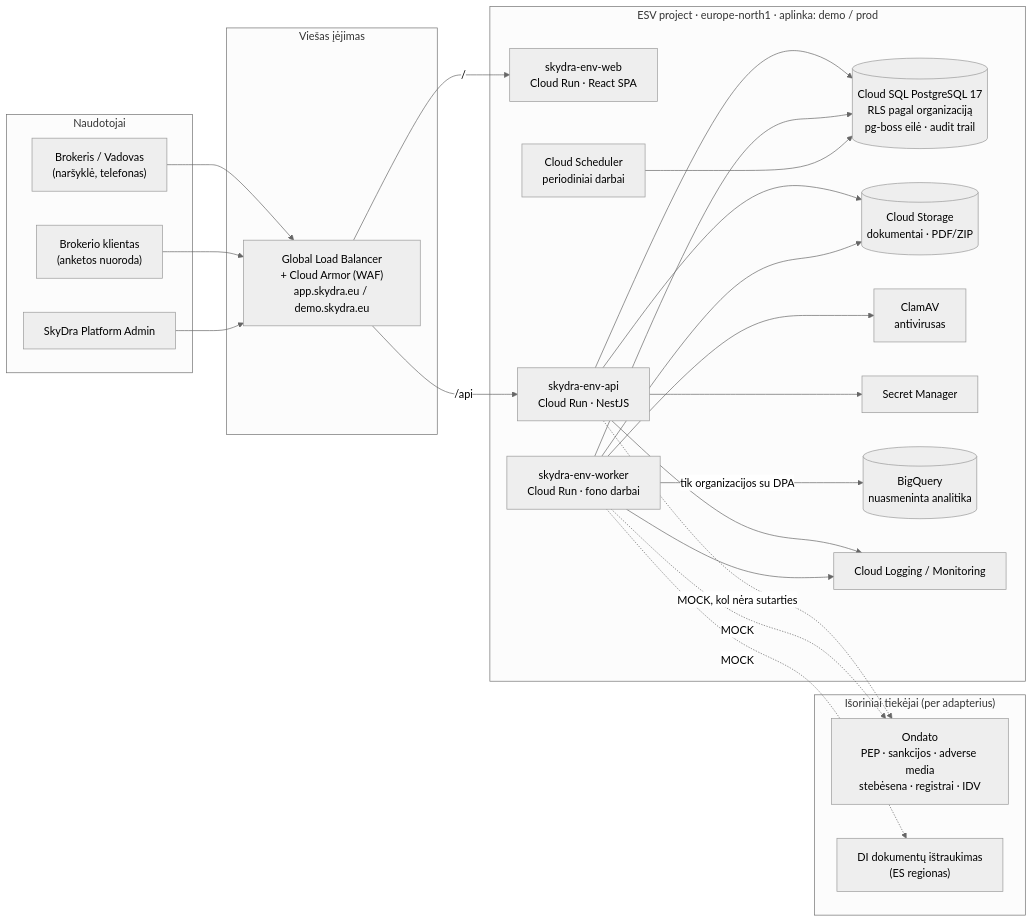
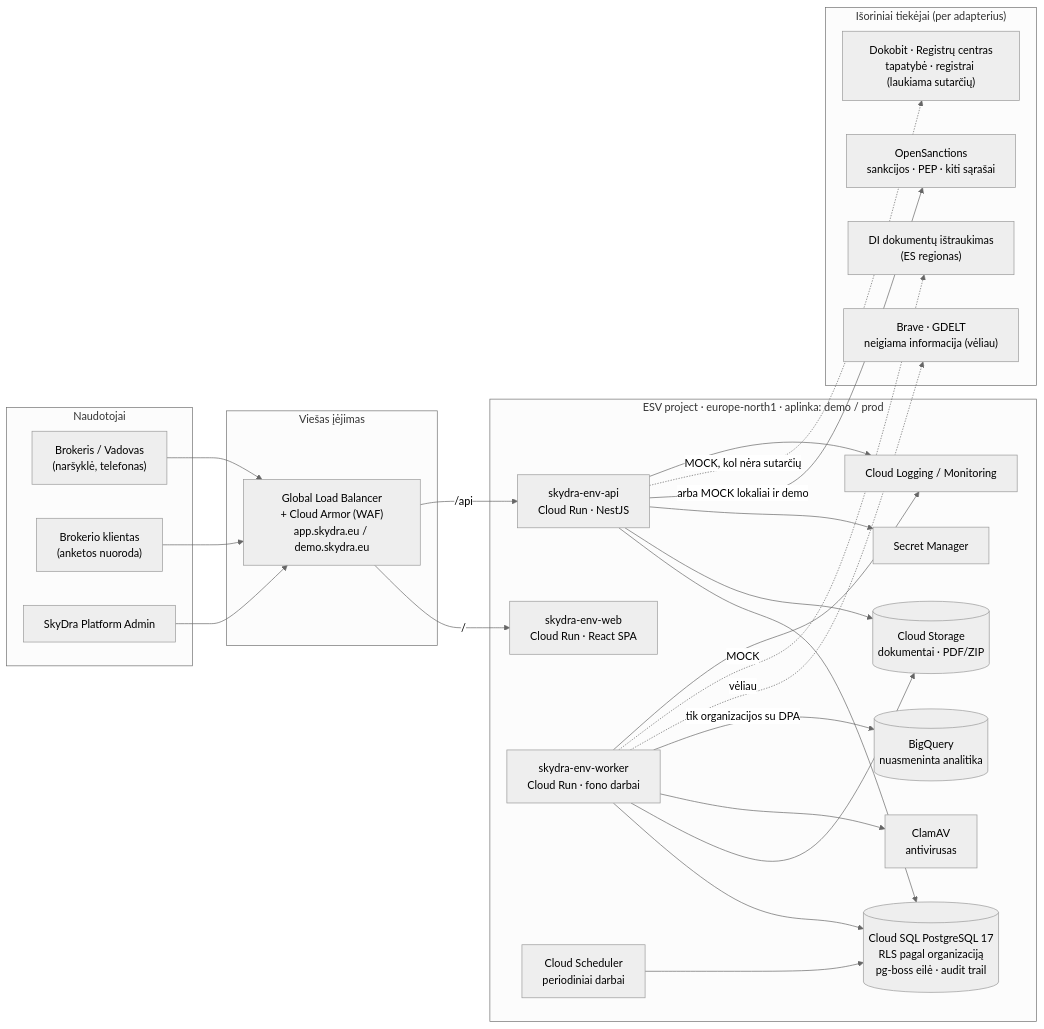
The first of 3 diagrams in docs/diagrams.md (vb100/skydra), drawn with Mermaid (neutral theme) before and after one commit. The commit also changed 28 other files, not shown here.

First line of the commit message:
Screening: OpenSanctions adapter (sanctions and PEP), match strength, provider exchange log (#27)

````diff
--- a/docs/diagrams.md
+++ b/docs/diagrams.md
@@ -7,49 +7,52 @@
 ```mermaid
 flowchart LR
     subgraph Users["Naudotojai"]
         broker["Brokeris / Vadovas<br/>(naršyklė, telefonas)"]
         client["Brokerio klientas<br/>(anketos nuoroda)"]
         padmin["SkyDra Platform Admin"]
     end
 
     subgraph Edge["Viešas įėjimas"]
         lb["Global Load Balancer<br/>+ Cloud Armor (WAF)<br/>app.skydra.eu / demo.skydra.eu"]
     end
 
     subgraph GCP["ESV project · europe-north1 · aplinka: demo / prod"]
         web["skydra-env-web<br/>Cloud Run · React SPA"]
         api["skydra-env-api<br/>Cloud Run · NestJS"]
         worker["skydra-env-worker<br/>Cloud Run · fono darbai"]
         sched["Cloud Scheduler<br/>periodiniai darbai"]
         sql[("Cloud SQL PostgreSQL 17<br/>RLS pagal organizaciją<br/>pg-boss eilė · audit trail")]
         gcs[("Cloud Storage<br/>dokumentai · PDF/ZIP")]
         av["ClamAV<br/>antivirusas"]
         secrets["Secret Manager"]
         bq[("BigQuery<br/>nuasmeninta analitika")]
         obs["Cloud Logging / Monitoring"]
     end
 
     subgraph Ext["Išoriniai tiekėjai (per adapterius)"]
-        ondato["Ondato<br/>PEP · sankcijos · adverse media<br/>stebėsena · registrai · IDV"]
+        osanc["OpenSanctions<br/>sankcijos · PEP · kiti sąrašai"]
+        media["Brave · GDELT<br/>neigiama informacija (vėliau)"]
+        dokobit["Dokobit · Registrų centras<br/>tapatybė · registrai (laukiama sutarčių)"]
         ai["DI dokumentų ištraukimas<br/>(ES regionas)"]
     end
 
     broker --> lb
     client --> lb
     padmin --> lb
     lb -->|"/"| web
     lb -->|"/api"| api
     api --> sql
     api --> gcs
     api --> secrets
     worker --> sql
     worker --> gcs
     worker --> av
     sched --> sql
     worker -->|"tik organizacijos su DPA"| bq
-    api -.->|"MOCK, kol nėra sutarties"| ondato
-    worker -.->|"MOCK"| ondato
+    api -->|"arba MOCK lokaliai ir demo"| osanc
+    worker -.->|"vėliau"| media
+    api -.->|"MOCK, kol nėra sutarčių"| dokobit
     worker -.->|"MOCK"| ai
     api --> obs
     worker --> obs
 ```
````
